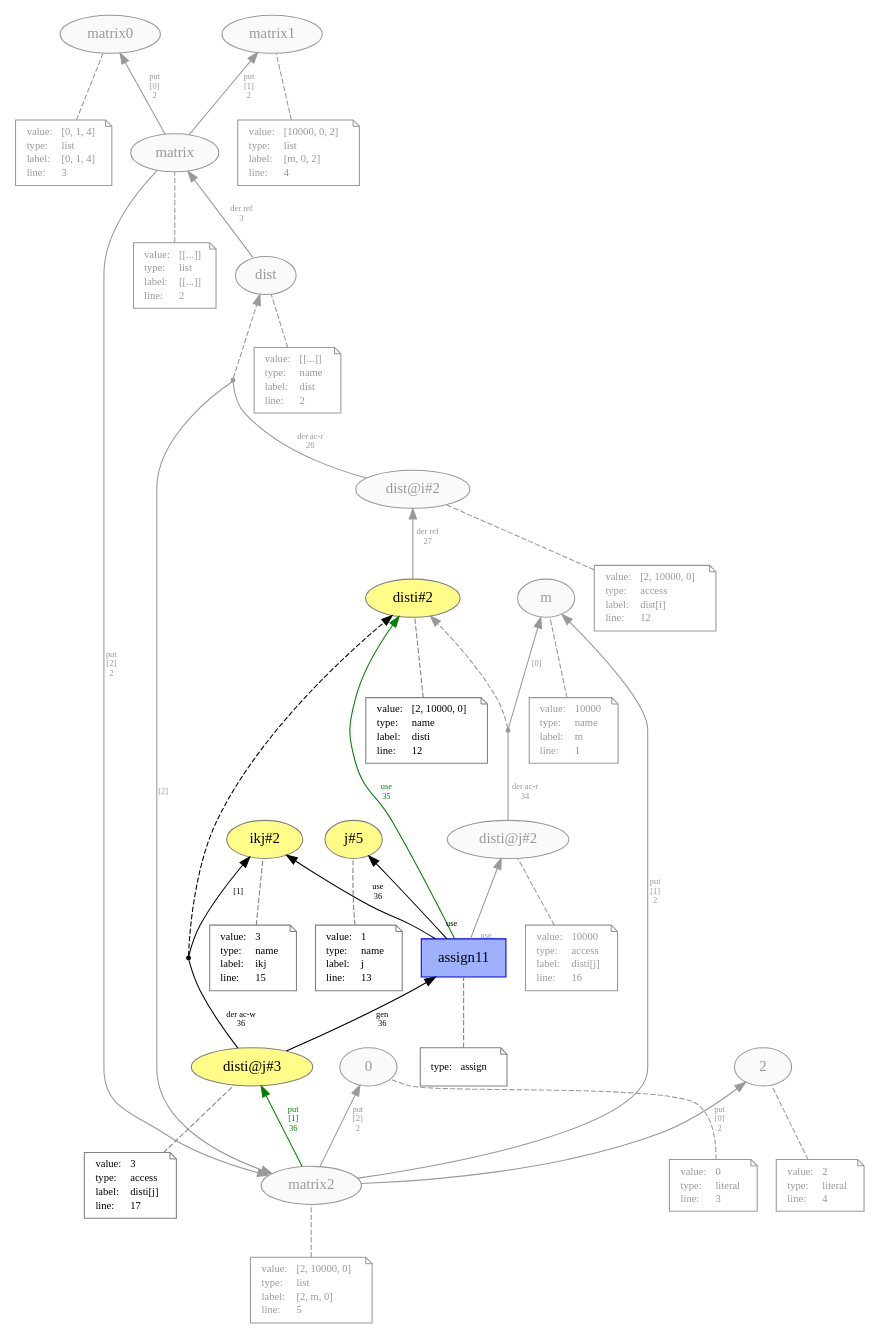
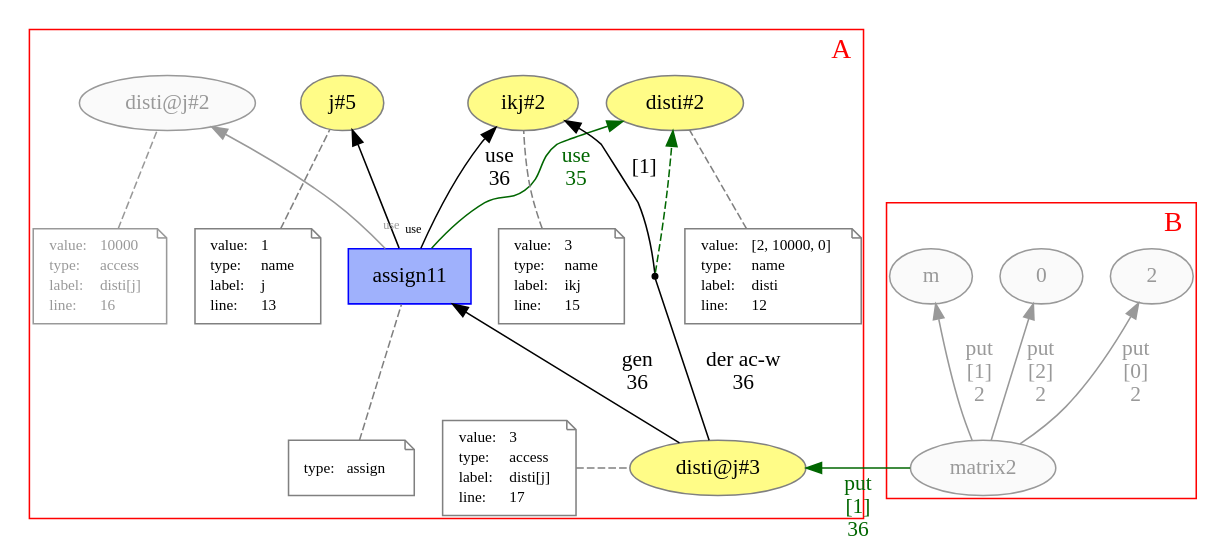
One commit to dew-uff/versioned-prov changed the diagram in generated/paper/versioned_prov.dot. Above: the diagram before and after it, drawn with Graphviz. The commit also changed 19 other files, not shown here.

Commit message:
Graphs with clusters

```diff
--- a/generated/paper/versioned_prov.dot
+++ b/generated/paper/versioned_prov.dot
@@ -1,203 +1,56 @@
 digraph "PROV" { size="16,12"; rankdir="BT";
-"http://example.org/m" [fillcolor="#FAFAFA",color="#999999",style="filled",fontcolor="#999999",label="m",URL="http://example.org/m"]
-"-attrs0" [color="#999999",shape="note",fontsize="10",fontcolor="#999999",label=<<TABLE cellpadding="0" border="0">
-	<TR>
-	    <TD align="left">value:</TD>
-	    <TD align="left">10000</TD>
-	</TR>
-	<TR>
-	    <TD align="left">type:</TD>
-	    <TD align="left">name</TD>
-	</TR>
-	<TR>
-	    <TD align="left">label:</TD>
-	    <TD align="left">m</TD>
-	</TR>
-	<TR>
-	    <TD align="left">line:</TD>
-	    <TD align="left">1</TD>
-	</TR>
-</TABLE>>]
-"-attrs0" -> "http://example.org/m" [color="#999999",style="dashed",arrowhead="none",fontcolor="#999999"]
-"http://example.org/0" [fillcolor="#FAFAFA",color="#999999",style="filled",fontcolor="#999999",label="0",URL="http://example.org/0"]
-"-attrs1" [color="#999999",shape="note",fontsize="10",fontcolor="#999999",label=<<TABLE cellpadding="0" border="0">
-	<TR>
-	    <TD align="left">value:</TD>
-	    <TD align="left">0</TD>
-	</TR>
-	<TR>
-	    <TD align="left">type:</TD>
-	    <TD align="left">literal</TD>
-	</TR>
-	<TR>
-	    <TD align="left">line:</TD>
-	    <TD align="left">3</TD>
-	</TR>
-</TABLE>>]
-"-attrs1" -> "http://example.org/0" [color="#999999",style="dashed",arrowhead="none",fontcolor="#999999"]
-"http://example.org/2" [fillcolor="#FAFAFA",color="#999999",style="filled",fontcolor="#999999",label="2",URL="http://example.org/2"]
-"-attrs2" [color="#999999",shape="note",fontsize="10",fontcolor="#999999",label=<<TABLE cellpadding="0" border="0">
-	<TR>
-	    <TD align="left">value:</TD>
-	    <TD align="left">2</TD>
-	</TR>
-	<TR>
-	    <TD align="left">type:</TD>
-	    <TD align="left">literal</TD>
-	</TR>
-	<TR>
-	    <TD align="left">line:</TD>
-	    <TD align="left">4</TD>
-	</TR>
-</TABLE>>]
-"-attrs2" -> "http://example.org/2" [color="#999999",style="dashed",arrowhead="none",fontcolor="#999999"]
-"http://example.org/matrix" [fillcolor="#FAFAFA",color="#999999",style="filled",fontcolor="#999999",label="matrix",URL="http://example.org/matrix"]
-"-attrs3" [color="#999999",shape="note",fontsize="10",fontcolor="#999999",label=<<TABLE cellpadding="0" border="0">
-	<TR>
-	    <TD align="left">value:</TD>
-	    <TD align="left">[[...]]</TD>
-	</TR>
-	<TR>
-	    <TD align="left">type:</TD>
-	    <TD align="left">list</TD>
-	</TR>
-	<TR>
-	    <TD align="left">label:</TD>
-	    <TD align="left">[[...]]</TD>
-	</TR>
-	<TR>
-	    <TD align="left">line:</TD>
-	    <TD align="left">2</TD>
-	</TR>
-</TABLE>>]
-"-attrs3" -> "http://example.org/matrix" [color="#999999",style="dashed",arrowhead="none",fontcolor="#999999"]
-"http://example.org/matrix0" [fillcolor="#FAFAFA",color="#999999",style="filled",fontcolor="#999999",label="matrix0",URL="http://example.org/matrix0"]
-"-attrs4" [color="#999999",shape="note",fontsize="10",fontcolor="#999999",label=<<TABLE cellpadding="0" border="0">
-	<TR>
-	    <TD align="left">value:</TD>
-	    <TD align="left">[0, 1, 4]</TD>
-	</TR>
-	<TR>
-	    <TD align="left">type:</TD>
-	    <TD align="left">list</TD>
-	</TR>
-	<TR>
-	    <TD align="left">label:</TD>
-	    <TD align="left">[0, 1, 4]</TD>
-	</TR>
-	<TR>
-	    <TD align="left">line:</TD>
-	    <TD align="left">3</TD>
-	</TR>
-</TABLE>>]
-"-attrs4" -> "http://example.org/matrix0" [color="#999999",style="dashed",arrowhead="none",fontcolor="#999999"]
-"http://example.org/matrix" -> "http://example.org/matrix0" [fontsize="8",distance="1.5",angle="60.0",rotation="20",label="put
+newrank=true;
+splines = "spline"
+
+subgraph cluster_0 {
+    labeljust="r"
+    labelloc="b"
+    margin="2"
+    color = "red"
+    fontcolor = "red"
+    fontsize = "18"
+    label = "A";
+    "g/disti@j#3"; "g/disti@j#3-attrs"
+    "g/assign11"; "g/assign11-attrs"
+    "g/ikj#2"; "g/ikj#2-attrs"
+    "g/j#5"; "g/j#5-attrs"
+    "g/disti@j#2"; "g/disti@j#2-attrs"
+    "g/disti#2"; "g/disti#2-attrs"
+    "bn0"
+    
+//    {rank=same "g/disti@j#3" "g/disti@j#3-attrs"}
+    {rank=same "g/disti#2" "g/ikj#2"}
+}
+subgraph cluster_1 {
+    ranksep = "0.1"
+    labeljust="r"
+    labelloc="b"
+    margin="2"
+    color = "red"
+    fontcolor = "red"
+    fontsize = "18"
+    label = "B";
+    "g/matrix2"
+    "g/m"
+    "g/0"
+    "g/2"
+}
+
+"g/m" [fillcolor="#FAFAFA",color="#999999",style="filled",fontcolor="#999999",label="m",URL="g/m"]
+"g/0" [fillcolor="#FAFAFA",color="#999999",style="filled",fontcolor="#999999",label="0",URL="g/0"]
+"g/2" [fillcolor="#FAFAFA",color="#999999",style="filled",fontcolor="#999999",label="2",URL="g/2"]
+"g/matrix2" [fillcolor="#FAFAFA",color="#999999",style="filled",fontcolor="#999999",label="matrix2",URL="g/matrix2"]
+"g/matrix2" -> "g/2" [labelfontsize="8",labeldistance="1.5",color="#999999",labelangle="60.0",rotation="20",label="put
 [0]
-2",fontcolor="#999999",color="#999999"]
-"http://example.org/matrix1" [fillcolor="#FAFAFA",color="#999999",style="filled",fontcolor="#999999",label="matrix1",URL="http://example.org/matrix1"]
-"-attrs5" [color="#999999",shape="note",fontsize="10",fontcolor="#999999",label=<<TABLE cellpadding="0" border="0">
-	<TR>
-	    <TD align="left">value:</TD>
-	    <TD align="left">[10000, 0, 2]</TD>
-	</TR>
-	<TR>
-	    <TD align="left">type:</TD>
-	    <TD align="left">list</TD>
-	</TR>
-	<TR>
-	    <TD align="left">label:</TD>
-	    <TD align="left">[m, 0, 2]</TD>
-	</TR>
-	<TR>
-	    <TD align="left">line:</TD>
-	    <TD align="left">4</TD>
-	</TR>
-</TABLE>>]
-"-attrs5" -> "http://example.org/matrix1" [color="#999999",style="dashed",arrowhead="none",fontcolor="#999999"]
-"http://example.org/matrix" -> "http://example.org/matrix1" [fontsize="8",distance="1.5",angle="60.0",rotation="20",label="put
+2",fontcolor="#999999"]
+"g/matrix2" -> "g/m" [labelfontsize="8",labeldistance="1.5",color="#999999",labelangle="60.0",rotation="20",label="put
 [1]
-2",fontcolor="#999999",color="#999999"]
-"http://example.org/matrix2" [fillcolor="#FAFAFA",color="#999999",style="filled",fontcolor="#999999",label="matrix2",URL="http://example.org/matrix2"]
-"-attrs6" [color="#999999",shape="note",fontsize="10",fontcolor="#999999",label=<<TABLE cellpadding="0" border="0">
-	<TR>
-	    <TD align="left">value:</TD>
-	    <TD align="left">[2, 10000, 0]</TD>
-	</TR>
-	<TR>
-	    <TD align="left">type:</TD>
-	    <TD align="left">list</TD>
-	</TR>
-	<TR>
-	    <TD align="left">label:</TD>
-	    <TD align="left">[2, m, 0]</TD>
-	</TR>
-	<TR>
-	    <TD align="left">line:</TD>
-	    <TD align="left">5</TD>
-	</TR>
-</TABLE>>]
-"-attrs6" -> "http://example.org/matrix2" [color="#999999",style="dashed",arrowhead="none",fontcolor="#999999"]
-"http://example.org/matrix2" -> "http://example.org/2" [fontsize="8",distance="1.5",angle="60.0",rotation="20",label="put
-[0]
-2",fontcolor="#999999",color="#999999"]
-"http://example.org/matrix2" -> "http://example.org/m" [fontsize="8",distance="1.5",angle="60.0",rotation="20",label="put
-[1]
-2",fontcolor="#999999",color="#999999"]
-"http://example.org/matrix2" -> "http://example.org/0" [fontsize="8",distance="1.5",angle="60.0",rotation="20",label="put
+2",fontcolor="#999999"]
+"g/matrix2" -> "g/0" [labelfontsize="8",labeldistance="1.5",color="#999999",labelangle="60.0",rotation="20",label="put
 [2]
-2",fontcolor="#999999",color="#999999"]
-"http://example.org/matrix" -> "http://example.org/matrix2" [fontsize="8",distance="1.5",angle="60.0",rotation="20",label="put
-[2]
-2",fontcolor="#999999",color="#999999"]
-"http://example.org/dist" [fillcolor="#FAFAFA",color="#999999",style="filled",fontcolor="#999999",label="dist",URL="http://example.org/dist"]
-"-attrs7" [color="#999999",shape="note",fontsize="10",fontcolor="#999999",label=<<TABLE cellpadding="0" border="0">
-	<TR>
-	    <TD align="left">value:</TD>
-	    <TD align="left">[[...]]</TD>
-	</TR>
-	<TR>
-	    <TD align="left">type:</TD>
-	    <TD align="left">name</TD>
-	</TR>
-	<TR>
-	    <TD align="left">label:</TD>
-	    <TD align="left">dist</TD>
-	</TR>
-	<TR>
-	    <TD align="left">line:</TD>
-	    <TD align="left">2</TD>
-	</TR>
-</TABLE>>]
-"-attrs7" -> "http://example.org/dist" [color="#999999",style="dashed",arrowhead="none",fontcolor="#999999"]
-"http://example.org/dist" -> "http://example.org/matrix" [fontsize="8",distance="1.5",angle="60.0",rotation="20",label="der ref
-3",fontcolor="#999999",color="#999999"]
-"http://example.org/dist@i#2" [fillcolor="#FAFAFA",color="#999999",style="filled",fontcolor="#999999",label="dist@i#2",URL="http://example.org/dist@i#2"]
-"-attrs8" [color="#999999",shape="note",fontsize="10",fontcolor="#999999",label=<<TABLE cellpadding="0" border="0">
-	<TR>
-	    <TD align="left">value:</TD>
-	    <TD align="left">[2, 10000, 0]</TD>
-	</TR>
-	<TR>
-	    <TD align="left">type:</TD>
-	    <TD align="left">access</TD>
-	</TR>
-	<TR>
-	    <TD align="left">label:</TD>
-	    <TD align="left">dist[i]</TD>
-	</TR>
-	<TR>
-	    <TD align="left">line:</TD>
-	    <TD align="left">12</TD>
-	</TR>
-</TABLE>>]
-"-attrs8" -> "http://example.org/dist@i#2" [color="#999999",style="dashed",arrowhead="none",fontcolor="#999999"]
-"bn0" [shape="point",label="",fontcolor="#999999",color="#999999"]
-"http://example.org/dist@i#2" -> "bn0" [fontsize="8",distance="1.5",angle="60.0",rotation="20",label="der ac-r
-26",arrowhead="none",fontcolor="#999999",color="#999999"]
-"bn0" -> "http://example.org/dist" [style="dashed",fontcolor="#999999",color="#999999"]
-"bn0" -> "http://example.org/matrix2" [fontsize="8",distance="1.5",angle="60.0",rotation="20",label="[2]",fontcolor="#999999",color="#999999"]
-"http://example.org/disti#2" [fillcolor="#FFFC87",color="#808080",style="filled",label="disti#2",URL="http://example.org/disti#2"]
-"-attrs9" [color="gray",shape="note",fontsize="10",fontcolor="black",label=<<TABLE cellpadding="0" border="0">
+2",fontcolor="#999999"]
+"g/disti#2" [fillcolor="#FFFC87",color="#808080",style="filled",label="disti#2",URL="g/disti#2"]
+"g/disti#2-attrs" [color="gray",shape="note",fontsize="10",fontcolor="black",label=<<TABLE cellpadding="0" border="0">
 	<TR>
 	    <TD align="left">value:</TD>
 	    <TD align="left">[2, 10000, 0]</TD>
@@ -215,11 +68,9 @@
 	    <TD align="left">12</TD>
 	</TR>
 </TABLE>>]
-"-attrs9" -> "http://example.org/disti#2" [color="gray",style="dashed",arrowhead="none"]
-"http://example.org/disti#2" -> "http://example.org/dist@i#2" [fontsize="8",distance="1.5",angle="60.0",rotation="20",label="der ref
-27",fontcolor="#999999",color="#999999"]
-"http://example.org/j#5" [fillcolor="#FFFC87",color="#808080",style="filled",label="j#5",URL="http://example.org/j#5"]
-"-attrs10" [color="gray",shape="note",fontsize="10",fontcolor="black",label=<<TABLE cellpadding="0" border="0">
+"g/disti#2-attrs" -> "g/disti#2" [color="gray",style="dashed",arrowhead="none"]
+"g/j#5" [fillcolor="#FFFC87",color="#808080",style="filled",label="j#5",URL="g/j#5"]
+"g/j#5-attrs" [color="gray",shape="note",fontsize="10",fontcolor="black",label=<<TABLE cellpadding="0" border="0">
 	<TR>
 	    <TD align="left">value:</TD>
 	    <TD align="left">1</TD>
@@ -237,9 +88,9 @@
 	    <TD align="left">13</TD>
 	</TR>
 </TABLE>>]
-"-attrs10" -> "http://example.org/j#5" [color="gray",style="dashed",arrowhead="none"]
-"http://example.org/ikj#2" [fillcolor="#FFFC87",color="#808080",style="filled",label="ikj#2",URL="http://example.org/ikj#2"]
-"-attrs11" [color="gray",shape="note",fontsize="10",fontcolor="black",label=<<TABLE cellpadding="0" border="0">
+"g/j#5-attrs" -> "g/j#5" [color="gray",style="dashed",arrowhead="none"]
+"g/ikj#2" [fillcolor="#FFFC87",color="#808080",style="filled",label="ikj#2",URL="g/ikj#2"]
+"g/ikj#2-attrs" [color="gray",shape="note",fontsize="10",fontcolor="black",label=<<TABLE cellpadding="0" border="0">
 	<TR>
 	    <TD align="left">value:</TD>
 	    <TD align="left">3</TD>
@@ -257,9 +108,9 @@
 	    <TD align="left">15</TD>
 	</TR>
 </TABLE>>]
-"-attrs11" -> "http://example.org/ikj#2" [color="gray",style="dashed",arrowhead="none"]
-"http://example.org/disti@j#2" [fillcolor="#FAFAFA",color="#999999",style="filled",fontcolor="#999999",label="disti@j#2",URL="http://example.org/disti@j#2"]
-"-attrs12" [color="#999999",shape="note",fontsize="10",fontcolor="#999999",label=<<TABLE cellpadding="0" border="0">
+"g/ikj#2-attrs" -> "g/ikj#2" [color="gray",style="dashed",arrowhead="none"]
+"g/disti@j#2" [fillcolor="#FAFAFA",color="#999999",style="filled",fontcolor="#999999",label="disti@j#2",URL="g/disti@j#2"]
+"g/disti@j#2-attrs" [color="#999999",shape="note",fontsize="10",fontcolor="#999999",label=<<TABLE cellpadding="0" border="0">
 	<TR>
 	    <TD align="left">value:</TD>
 	    <TD align="left">10000</TD>
@@ -277,14 +128,14 @@
 	    <TD align="left">16</TD>
 	</TR>
 </TABLE>>]
-"-attrs12" -> "http://example.org/disti@j#2" [color="#999999",style="dashed",arrowhead="none",fontcolor="#999999"]
-"bn1" [shape="point",label="",fontcolor="#999999",color="#999999"]
-"http://example.org/disti@j#2" -> "bn1" [fontsize="8",distance="1.5",angle="60.0",rotation="20",label="der ac-r
-34",arrowhead="none",fontcolor="#999999",color="#999999"]
-"bn1" -> "http://example.org/disti#2" [style="dashed",fontcolor="#999999",color="#999999"]
-"bn1" -> "http://example.org/m" [fontsize="8",distance="1.5",angle="60.0",rotation="20",label="[0]",fontcolor="#999999",color="#999999"]
-"http://example.org/disti@j#3" [fillcolor="#FFFC87",color="#808080",style="filled",label="disti@j#3",URL="http://example.org/disti@j#3"]
-"-attrs13" [color="gray",shape="note",fontsize="10",fontcolor="black",label=<<TABLE cellpadding="0" border="0">
+"g/disti@j#2-attrs" -> "g/disti@j#2" [color="#999999",style="dashed",arrowhead="none",fontcolor="#999999"]
+"g/matrix2" -> "g/disti@j#3" [labelfontsize="8",labeldistance="1.5",color="#006600",labelangle="60.0",rotation="20",label="put
+[1]
+36",fontcolor="#006600"]
+"g/assign11" -> "g/disti#2" [labelfontsize="8",labeldistance="1.5",color="#006600",labelangle="60.0",rotation="20",label="use
+35",fontcolor="#006600"]
+"g/disti@j#3" [fillcolor="#FFFC87",color="#808080",style="filled",label="disti@j#3",URL="g/disti@j#3"]
+"g/disti@j#3-attrs" [color="gray",shape="note",fontsize="10",fontcolor="black",label=<<TABLE cellpadding="0" border="0">
 	<TR>
 	    <TD align="left">value:</TD>
 	    <TD align="left">3</TD>
@@ -302,29 +153,26 @@
 	    <TD align="left">17</TD>
 	</TR>
 </TABLE>>]
-"-attrs13" -> "http://example.org/disti@j#3" [color="gray",style="dashed",arrowhead="none"]
-"http://example.org/assign11" [fillcolor="#9FB1FC",color="#0000FF",shape="polygon",sides="4",style="filled",label="assign11",URL="http://example.org/assign11"]
-"-attrs14" [color="gray",shape="note",fontsize="10",fontcolor="black",label=<<TABLE cellpadding="0" border="0">
+"g/disti@j#3-attrs" -> "g/disti@j#3" [color="gray",style="dashed",arrowhead="none"]
+"g/assign11" [fillcolor="#9FB1FC",color="#0000FF",shape="polygon",sides="4",style="filled",label="assign11",URL="g/assign11"]
+"g/assign11-attrs" [color="gray",shape="note",fontsize="10",fontcolor="black",label=<<TABLE cellpadding="0" border="0">
 	<TR>
 	    <TD align="left">type:</TD>
 	    <TD align="left">assign</TD>
 	</TR>
 </TABLE>>]
-"-attrs14" -> "http://example.org/assign11" [color="gray",style="dashed",arrowhead="none"]
-"bn2" [shape="point",label=""]
-"http://example.org/disti@j#3" -> "bn2" [fontsize="8",distance="1.5",angle="60.0",rotation="20",label="der ac-w
+"g/assign11-attrs" -> "g/assign11" [color="gray",style="dashed",arrowhead="none"]
+"bn0" [shape="point",label=""]
+"g/disti@j#3" -> "bn0" [labelfontsize="8",labeldistance="1.5",color="black",labelangle="60.0",rotation="20",label="der ac-w
 36",arrowhead="none"]
-"bn2" -> "http://example.org/disti#2" [style="dashed"]
-"bn2" -> "http://example.org/ikj#2" [fontsize="8",distance="1.5",angle="60.0",rotation="20",label="[1]"]
-"http://example.org/assign11" -> "http://example.org/j#5" [labelfontsize="8",labeldistance="1.5",labelangle="60.0",rotation="20",taillabel="use"]
-"http://example.org/assign11" -> "http://example.org/disti@j#2" [labelfontsize="8",labeldistance="1.5",labelangle="60.0",rotation="20",taillabel="use",fontcolor="#999999",color="#999999"]
-"http://example.org/matrix2" -> "http://example.org/disti@j#3" [fontsize="8",distance="1.5",angle="60.0",rotation="20",label="put
-[1]
-36",fontcolor="green",color="green"]
-"http://example.org/assign11" -> "http://example.org/disti#2" [fontsize="8",distance="1.5",angle="60.0",rotation="20",label="use
-35",fontcolor="green",color="green"]
-"http://example.org/assign11" -> "http://example.org/ikj#2" [fontsize="8",distance="1.5",angle="60.0",rotation="20",label="use
+"bn0" -> "g/disti#2" [color="#006600",style="dashed"]
+"bn0" -> "g/ikj#2" [labelfontsize="8",labeldistance="1.5",color="black",labelangle="60.0",rotation="20",label="[1]"]
+"g/assign11" -> "g/j#5" [labelfontsize="8",labeldistance="1.5",labelangle="60.0",rotation="20",taillabel="use"]
+"g/assign11" -> "g/disti@j#2" [labelfontsize="8",labeldistance="1.5",labelangle="60.0",rotation="20",taillabel="use",fontcolor="#999999",color="#999999"]
+
+{rank=same "g/matrix2" "g/disti@j#3" "g/disti@j#3-attrs"}
+"g/assign11" -> "g/ikj#2" [labelfontsize="8",labeldistance="1.5",color="black",labelangle="60.0",rotation="20",label="use
 36"]
-"http://example.org/disti@j#3" -> "http://example.org/assign11" [fontsize="8",distance="1.5",angle="60.0",rotation="20",label="gen
+"g/disti@j#3" -> "g/assign11" [labelfontsize="8",labeldistance="1.5",color="black",labelangle="60.0",rotation="20",label="gen
 36"]
 }
```
